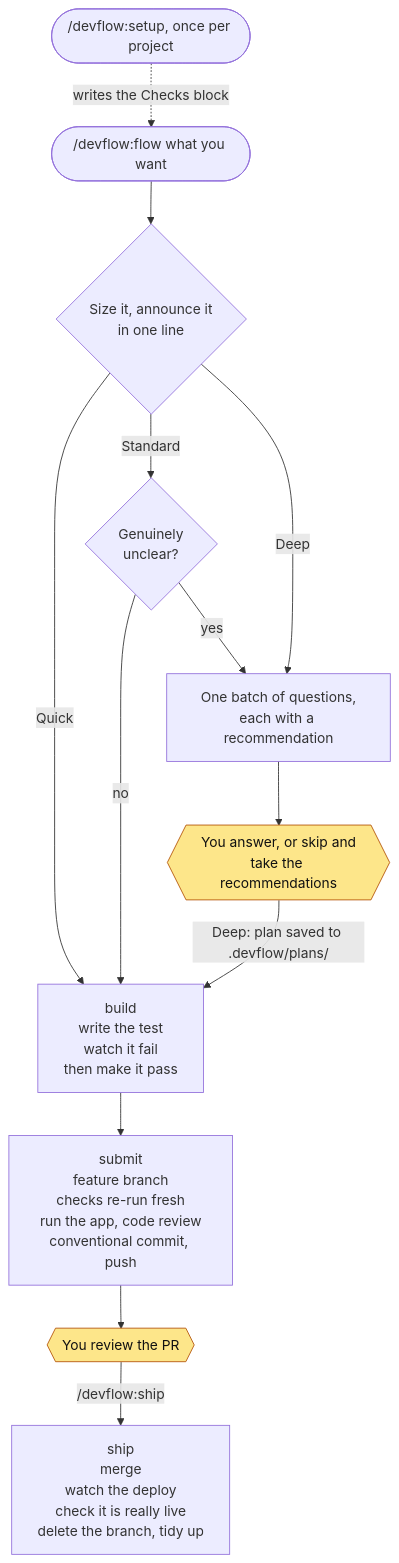
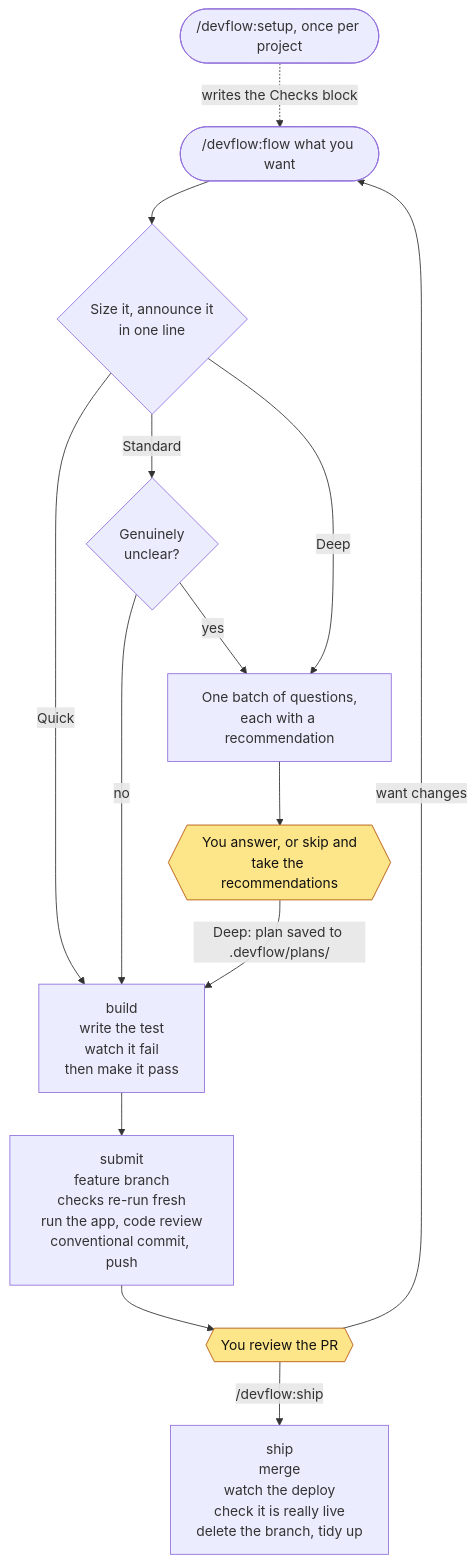
One commit to eddiechok/agent-devflow changed the diagram in README.md. Above: the diagram before and after it, drawn with Mermaid. The commit also changed other lines of this file and 3 other files, not shown here.

````diff
--- a/README.md
+++ b/README.md
@@ -84,21 +84,22 @@
 ```mermaid
 flowchart TD
     SETUP(["/devflow:setup, once per project"]) -.->|"writes the Checks block"| REQ
     REQ(["/devflow:flow what you want"]) --> SIZE{"Size it, announce it<br/>in one line"}
 
     SIZE -->|Quick| BUILD
     SIZE -->|Standard| CLEAR{"Genuinely<br/>unclear?"}
     SIZE -->|Deep| ASK
     CLEAR -->|no| BUILD
     CLEAR -->|yes| ASK
 
     ASK["One batch of questions,<br/>each with a recommendation"] --> YOU1{{"You answer, or skip and<br/>take the recommendations"}}
     YOU1 -->|"Deep: plan saved to .devflow/plans/"| BUILD
 
     BUILD["build<br/>write the test<br/>watch it fail<br/>then make it pass"] --> SUBMIT["submit<br/>feature branch<br/>checks re-run fresh<br/>run the app, code review<br/>conventional commit, push"]
     SUBMIT --> YOU2{{"You review the PR"}}
+    YOU2 -->|"want changes"| REQ
     YOU2 -->|"/devflow:ship"| SHIP["ship<br/>merge<br/>watch the deploy<br/>check it is really live<br/>delete the branch, tidy up"]
 
     classDef human fill:#fde68a,stroke:#b45309,color:#111
     class YOU1,YOU2 human
 ```
````
